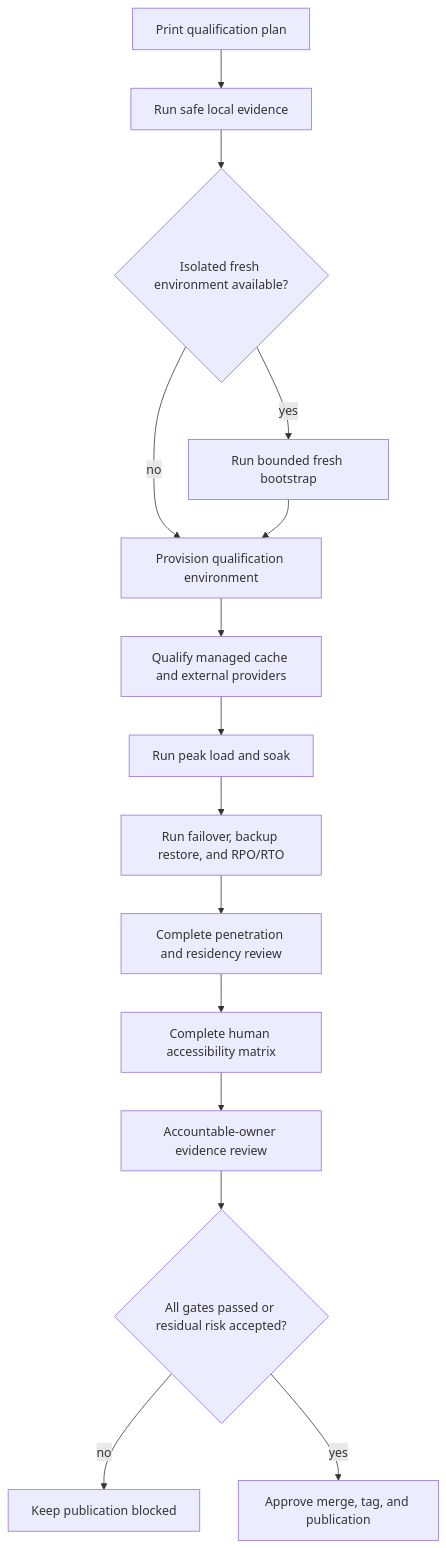
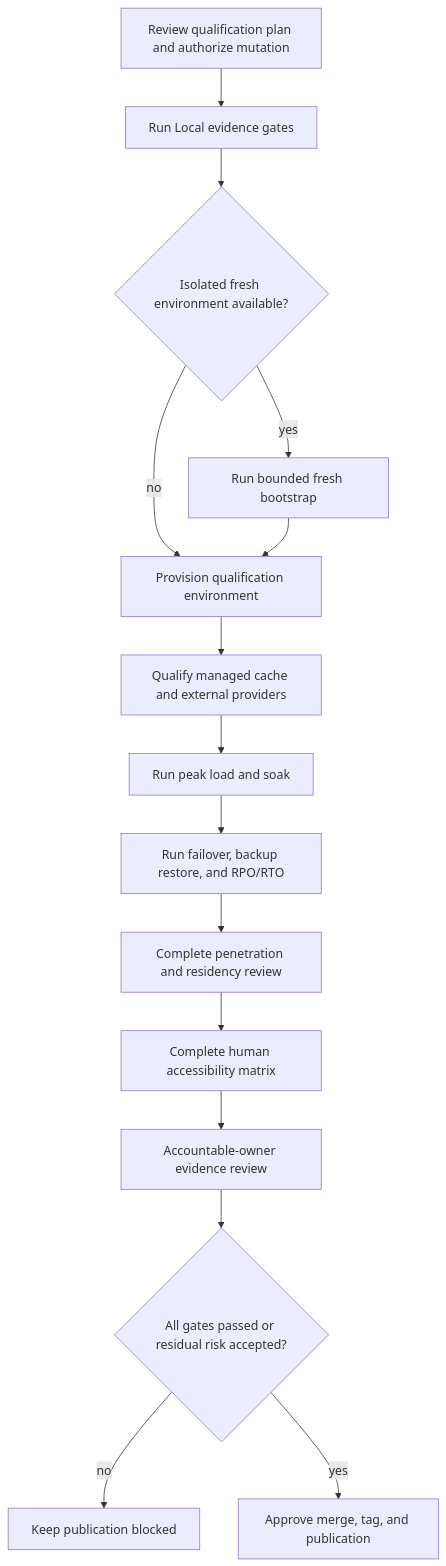
The diagram in docs/pages/deployment-qualification.md (Nodics/nodics.kickoff), drawn with Mermaid before and after one commit. The commit also changed other lines of this file and 256 other files, not shown here.

Commit message:
refactor: slim customer composition and record local closure evidence

````diff
--- a/docs/pages/deployment-qualification.md
+++ b/docs/pages/deployment-qualification.md
@@ -92,17 +100,17 @@
 ```mermaid
 flowchart TD
-  Plan["Print qualification plan"] --> Local["Run safe local evidence"]
+  Plan["Review qualification plan and authorize mutation"] --> Local["Run Local evidence gates"]
   Local --> Fresh{"Isolated fresh environment available?"}
   Fresh -- "yes" --> Bootstrap["Run bounded fresh bootstrap"]
   Fresh -- "no" --> Provision["Provision qualification environment"]
   Bootstrap --> Provision
   Provision --> Providers["Qualify managed cache and external providers"]
   Providers --> Load["Run peak load and soak"]
   Load --> Recovery["Run failover, backup restore, and RPO/RTO"]
   Recovery --> Security["Complete penetration and residency review"]
   Security --> Accessibility["Complete human accessibility matrix"]
   Accessibility --> Review["Accountable-owner evidence review"]
   Review --> Decision{"All gates passed or residual risk accepted?"}
   Decision -- "no" --> Hold["Keep publication blocked"]
   Decision -- "yes" --> Release["Approve merge, tag, and publication"]
 ```
````
